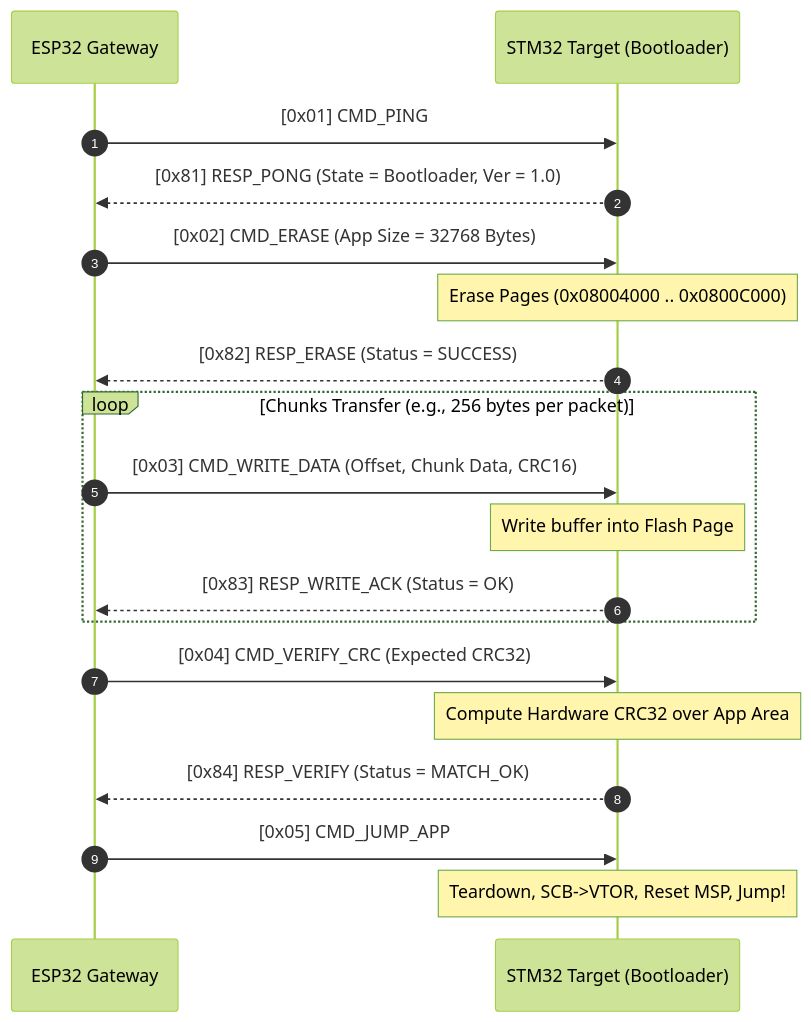
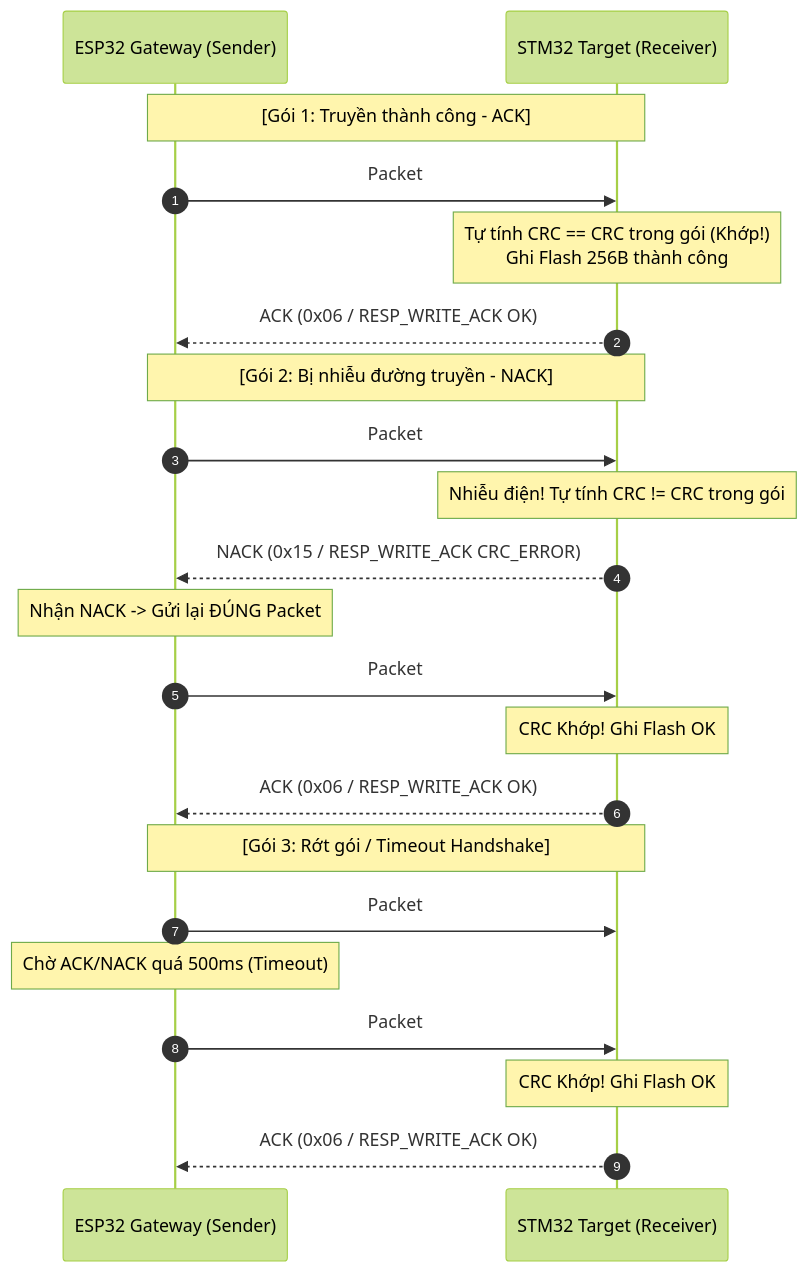
One commit to ngotienloc/stm32-bootloader changed the diagram in README.md. Above: the diagram before and after it, drawn with Mermaid (forest theme). The commit also changed other lines of this file, not shown here.

````diff
--- a/README.md
+++ b/README.md
@@ -177,26 +216,27 @@
 ```mermaid
 sequenceDiagram
     autonumber
-    participant G as ESP32 Gateway
-    participant T as STM32 Target (Bootloader)
+    participant G as ESP32 Gateway (Sender)
+    participant T as STM32 Target (Receiver)
 
-    G->>T: [0x01] CMD_PING
-    T-->>G: [0x81] RESP_PONG (State = Bootloader, Ver = 1.0)
+    Note over G,T: [Gói 1: Truyền thành công - ACK]
+    G->>T: Packet #1 [Offset 0x0000, Data 256B, CRC]
+    Note over T: Tự tính CRC == CRC trong gói (Khớp!)<br/>Ghi Flash 256B thành công
+    T-->>G: ACK (0x06 / RESP_WRITE_ACK OK)
 
-    G->>T: [0x02] CMD_ERASE (App Size = 32768 Bytes)
-    Note over T: Erase Pages (0x08004000 .. 0x0800C000)
-    T-->>G: [0x82] RESP_ERASE (Status = SUCCESS)
+    Note over G,T: [Gói 2: Bị nhiễu đường truyền - NACK]
+    G->>T: Packet #2 [Offset 0x0100, Data 256B, CRC]
+    Note over T: Nhiễu điện! Tự tính CRC != CRC trong gói
+    T-->>G: NACK (0x15 / RESP_WRITE_ACK CRC_ERROR)
+    Note over G: Nhận NACK -> Gửi lại ĐÚNG Packet #2
+    G->>T: Packet #2 [Offset 0x0100, Data 256B, CRC] (Retry 1)
+    Note over T: CRC Khớp! Ghi Flash OK
+    T-->>G: ACK (0x06 / RESP_WRITE_ACK OK)
 
-    loop Chunks Transfer (e.g., 256 bytes per packet)
-        G->>T: [0x03] CMD_WRITE_DATA (Offset, Chunk Data, CRC16)
-        Note over T: Write buffer into Flash Page
-        T-->>G: [0x83] RESP_WRITE_ACK (Status = OK)
-    end
-
-    G->>T: [0x04] CMD_VERIFY_CRC (Expected CRC32)
-    Note over T: Compute Hardware CRC32 over App Area
-    T-->>G: [0x84] RESP_VERIFY (Status = MATCH_OK)
-
-    G->>T: [0x05] CMD_JUMP_APP
-    Note over T: Teardown, SCB->VTOR, Reset MSP, Jump!
+    Note over G,T: [Gói 3: Rớt gói / Timeout Handshake]
+    G->>T: Packet #3 [Offset 0x0200, Data 256B, CRC] (Mất gói)
+    Note over G: Chờ ACK/NACK quá 500ms (Timeout)
+    G->>T: Packet #3 [Offset 0x0200, Data 256B, CRC] (Retry 1 / 3)
+    Note over T: CRC Khớp! Ghi Flash OK
+    T-->>G: ACK (0x06 / RESP_WRITE_ACK OK)
 ```
````
